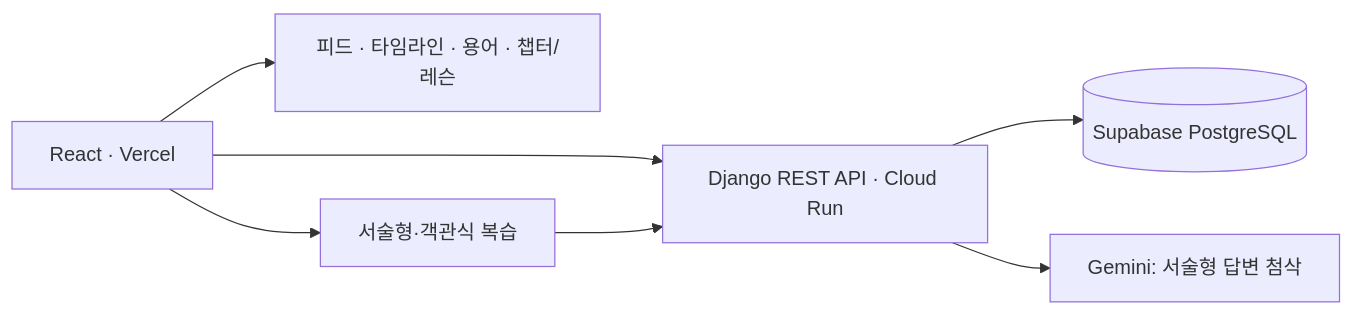
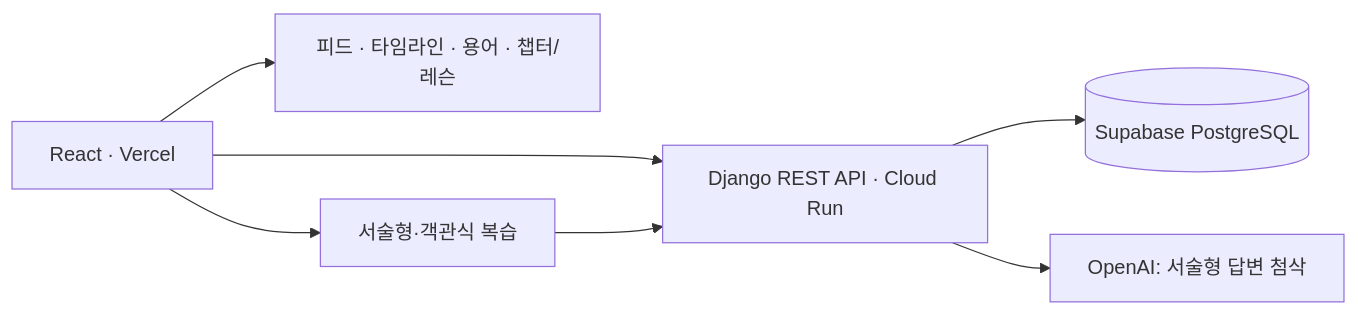
Before and after one commit to clap-min99/ssd_studyapp: the second of 2 diagrams in README.md, drawn with Mermaid. The commit also changed other lines of this file and 19 other files, not shown here.

Commit message:
feat: Gemini 기반 AI 기능을 OpenAI API로 전환

````diff
--- a/README.md
+++ b/README.md
@@ -45,9 +45,9 @@
 ```mermaid
 flowchart LR
     Web[React · Vercel] --> API[Django REST API · Cloud Run]
     API --> DB[(Supabase PostgreSQL)]
     Web --> Learn[피드 · 타임라인 · 용어 · 챕터/레슨]
     Web --> Review[서술형·객관식 복습]
     Review --> API
-    API --> AI[Gemini: 서술형 답변 첨삭]
+    API --> AI[OpenAI: 서술형 답변 첨삭]
 ```
````
